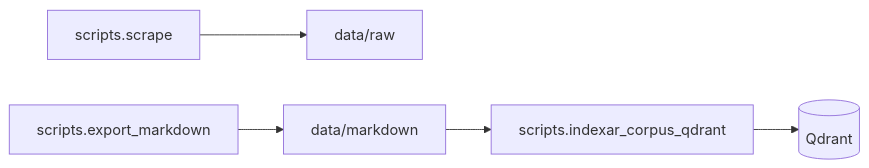
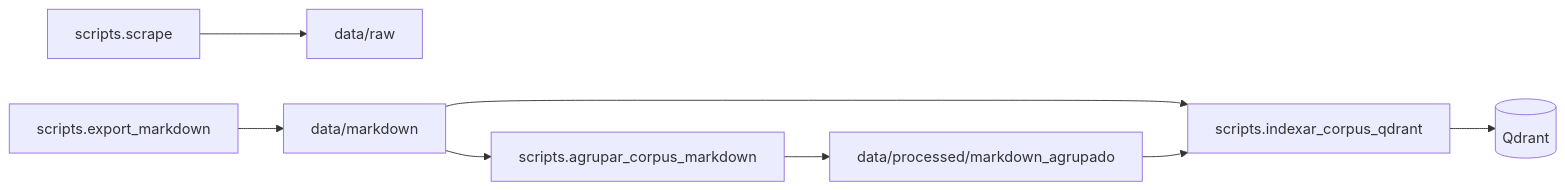
The diagram in scripts/README.md (frankdaza/uao_ia_cd_tecnicas_avanzadas_ia), drawn with Mermaid before and after one commit. The commit also changed other lines of this file and 46 other files, not shown here.

````diff
--- a/scripts/README.md
+++ b/scripts/README.md
@@ -21,13 +24,18 @@
 ```mermaid
 flowchart LR
   scrape[scripts.scrape]
   export[scripts.export_markdown]
+  agr[scripts.agrupar_corpus_markdown]
   idx[scripts.indexar_corpus_qdrant]
   raw[data/raw]
   md[data/markdown]
+  mda[data/processed/markdown_agrupado]
   qd[(Qdrant)]
   scrape --> raw
   export --> md
+  md --> agr
+  agr --> mda
   md --> idx
+  mda --> idx
   idx --> qd
 ```
````
